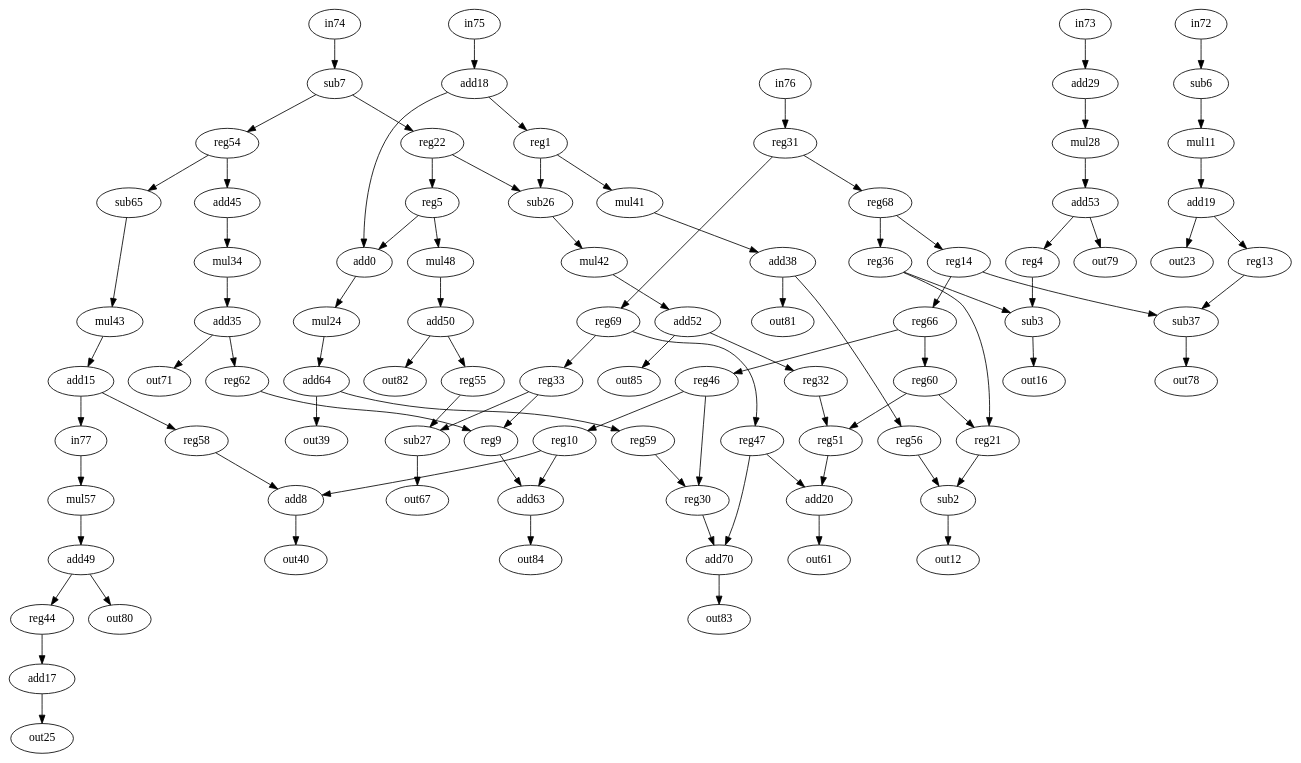
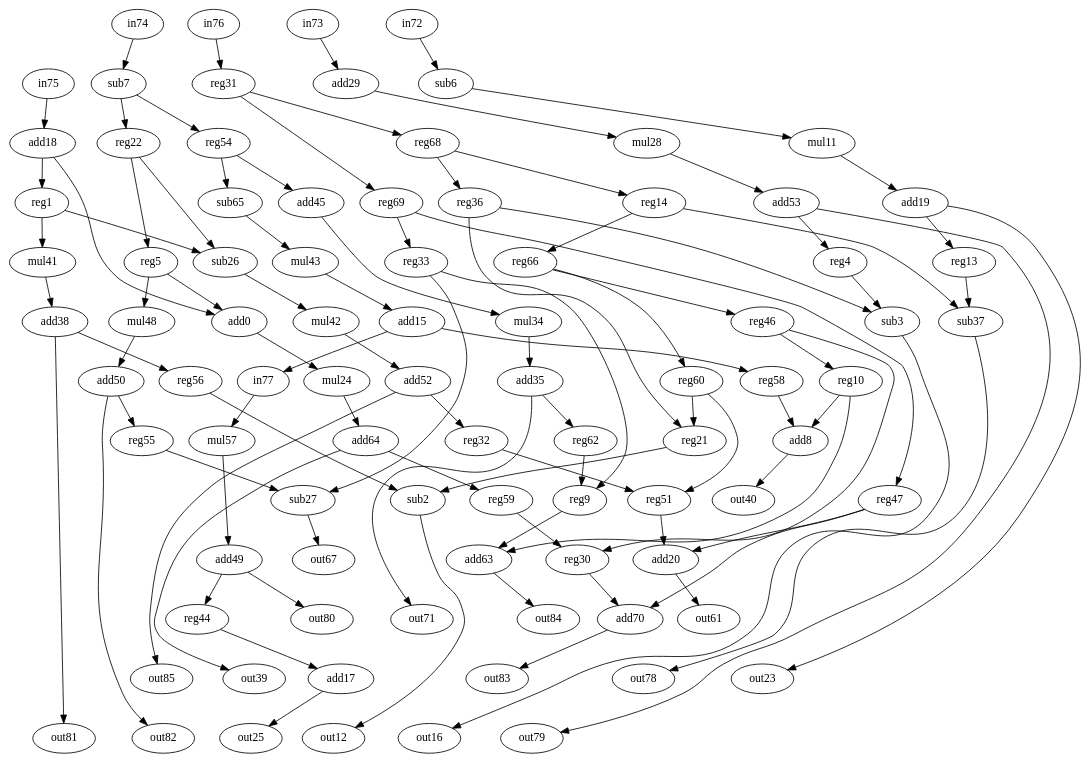
Before and after one commit to jeronimopenha/traversal_project: the diagram in bench/test_bench/collapse_pyr.dot, drawn with Graphviz. The commit also changed 21144 other files, not shown here.

```diff
--- a/bench/test_bench/collapse_pyr.dot
+++ b/bench/test_bench/collapse_pyr.dot
@@ -1,183 +1,183 @@
-strict digraph "collapse_pyr" {
+digraph "collapse_pyr" {
 0 [label=add0, op=add];
 1 [label=reg1, op=reg];
 2 [label=sub2, op=sub];
 3 [label=sub3, op=sub];
 4 [label=reg4, op=reg];
 5 [label=reg5, op=reg];
 6 [label=sub6, op=subi, value=2];
 7 [label=sub7, op=subi, value=2];
 8 [label=add8, op=add];
 9 [label=reg9, op=reg];
 10 [label=reg10, op=reg];
 11 [label=mul11, op=muli, value=2];
 12 [label=out12, op=out];
 13 [label=reg13, op=reg];
 14 [label=reg14, op=reg];
 15 [label=add15, op=addi, value=2];
 16 [label=out16, op=out];
 17 [label=add17, op=addi, value=2];
 18 [label=add18, op=addi, value=2];
 19 [label=add19, op=addi, value=2];
 20 [label=add20, op=add];
 21 [label=reg21, op=reg];
 22 [label=reg22, op=reg];
 23 [label=out23, op=out];
 24 [label=mul24, op=muli, value=2];
 25 [label=out25, op=out];
 26 [label=sub26, op=sub];
 27 [label=sub27, op=sub];
 28 [label=mul28, op=muli, value=2];
 29 [label=add29, op=addi, value=2];
 30 [label=reg30, op=reg];
 31 [label=reg31, op=reg];
 32 [label=reg32, op=reg];
 33 [label=reg33, op=reg];
 34 [label=mul34, op=muli, value=2];
 35 [label=add35, op=addi, value=2];
 36 [label=reg36, op=reg];
 37 [label=sub37, op=sub];
 38 [label=add38, op=addi, value=2];
 39 [label=out39, op=out];
 40 [label=out40, op=out];
 41 [label=mul41, op=muli, value=2];
 42 [label=mul42, op=muli, value=2];
 43 [label=mul43, op=muli, value=2];
 44 [label=reg44, op=reg];
 45 [label=add45, op=addi, value=2];
 46 [label=reg46, op=reg];
 47 [label=reg47, op=reg];
 48 [label=mul48, op=muli, value=2];
 49 [label=add49, op=addi, value=2];
 50 [label=add50, op=addi, value=2];
 51 [label=reg51, op=reg];
 52 [label=add52, op=addi, value=2];
 53 [label=add53, op=addi, value=2];
 54 [label=reg54, op=reg];
 55 [label=reg55, op=reg];
 56 [label=reg56, op=reg];
 57 [label=mul57, op=muli, value=2];
 58 [label=reg58, op=reg];
 59 [label=reg59, op=reg];
 60 [label=reg60, op=reg];
 61 [label=out61, op=out];
 62 [label=reg62, op=reg];
 63 [label=add63, op=add];
 64 [label=add64, op=addi, value=2];
 65 [label=sub65, op=subi, value=2];
 66 [label=reg66, op=reg];
 67 [label=out67, op=out];
 68 [label=reg68, op=reg];
 69 [label=reg69, op=reg];
 70 [label=add70, op=add];
 71 [label=out71, op=out];
 72 [label=in72, op=in];
 73 [label=in73, op=in];
 74 [label=in74, op=in];
 75 [label=in75, op=in];
 76 [label=in76, op=in];
 77 [label=in77, op=in];
 78 [label=out78, op=out];
 79 [label=out79, op=out];
 80 [label=out80, op=out];
 81 [label=out81, op=out];
 82 [label=out82, op=out];
 83 [label=out83, op=out];
 84 [label=out84, op=out];
 85 [label=out85, op=out];
-0 -> 24  [port=0, w=0];
-1 -> 26  [port=0, w=0];
-1 -> 41  [port=0, w=0];
-2 -> 12  [port=0, w=0];
-3 -> 16  [port=0, w=0];
-4 -> 3  [port=0, w=0];
-5 -> 0  [port=0, w=0];
-5 -> 48  [port=0, w=0];
-6 -> 11  [port=0, w=0];
-7 -> 22  [port=0, w=0];
-7 -> 54  [port=0, w=0];
-8 -> 40  [port=0, w=0];
-9 -> 63  [port=0, w=0];
-10 -> 8  [port=0, w=0];
-10 -> 63  [port=1, w=0];
-11 -> 19  [port=0, w=0];
-13 -> 37  [port=0, w=0];
-14 -> 37  [port=1, w=0];
-14 -> 66  [port=0, w=0];
-15 -> 77  [port=0, w=0];
-15 -> 58  [port=0, w=0];
-17 -> 25  [port=0, w=0];
-18 -> 0  [port=1, w=0];
-18 -> 1  [port=0, w=0];
-19 -> 13  [port=0, w=0];
-19 -> 23  [port=0, w=0];
-20 -> 61  [port=0, w=0];
-21 -> 2  [port=0, w=0];
-22 -> 5  [port=0, w=0];
-22 -> 26  [port=1, w=0];
-24 -> 64  [port=0, w=0];
-26 -> 42  [port=0, w=0];
-27 -> 67  [port=0, w=0];
-28 -> 53  [port=0, w=0];
-29 -> 28  [port=0, w=0];
-30 -> 70  [port=0, w=0];
-31 -> 68  [port=0, w=0];
-31 -> 69  [port=0, w=0];
-32 -> 51  [port=0, w=0];
-33 -> 9  [port=0, w=0];
-33 -> 27  [port=0, w=0];
-34 -> 35  [port=0, w=0];
-35 -> 62  [port=0, w=0];
-35 -> 71  [port=0, w=0];
-36 -> 3  [port=1, w=0];
-36 -> 21  [port=0, w=0];
-37 -> 78  [port=0, w=0];
-38 -> 81  [port=0, w=0];
-38 -> 56  [port=0, w=0];
-41 -> 38  [port=0, w=0];
-42 -> 52  [port=0, w=0];
-43 -> 15  [port=0, w=0];
-44 -> 17  [port=0, w=0];
-45 -> 34  [port=0, w=0];
-46 -> 10  [port=0, w=0];
-46 -> 30  [port=0, w=0];
-47 -> 20  [port=0, w=0];
-47 -> 70  [port=1, w=0];
-48 -> 50  [port=0, w=0];
-49 -> 80  [port=0, w=0];
-49 -> 44  [port=0, w=0];
-50 -> 55  [port=0, w=0];
-50 -> 82  [port=0, w=0];
-51 -> 20  [port=1, w=0];
-52 -> 32  [port=0, w=0];
-52 -> 85  [port=0, w=0];
-53 -> 4  [port=0, w=0];
-53 -> 79  [port=0, w=0];
-54 -> 45  [port=0, w=0];
-54 -> 65  [port=0, w=0];
-55 -> 27  [port=1, w=0];
-56 -> 2  [port=1, w=0];
-57 -> 49  [port=0, w=0];
-58 -> 8  [port=1, w=0];
-59 -> 30  [port=1, w=0];
-60 -> 21  [port=1, w=0];
-60 -> 51  [port=1, w=0];
-62 -> 9  [port=1, w=0];
-63 -> 84  [port=0, w=0];
-64 -> 39  [port=0, w=0];
-64 -> 59  [port=0, w=0];
-65 -> 43  [port=0, w=0];
-66 -> 46  [port=0, w=0];
-66 -> 60  [port=0, w=0];
-68 -> 14  [port=0, w=0];
-68 -> 36  [port=0, w=0];
-69 -> 33  [port=0, w=0];
-69 -> 47  [port=0, w=0];
-70 -> 83  [port=0, w=0];
-72 -> 6  [port=0, w=0];
-73 -> 29  [port=0, w=0];
-74 -> 7  [port=0, w=0];
-75 -> 18  [port=0, w=0];
-76 -> 31  [port=0, w=0];
-77 -> 57  [port=0, w=0];
+0 -> 24  [port=0, weight=0];
+1 -> 26  [port=0, weight=0];
+1 -> 41  [port=0, weight=0];
+2 -> 12  [port=0, weight=0];
+3 -> 16  [port=0, weight=0];
+4 -> 3  [port=0, weight=0];
+5 -> 0  [port=0, weight=0];
+5 -> 48  [port=0, weight=0];
+6 -> 11  [port=0, weight=0];
+7 -> 22  [port=0, weight=0];
+7 -> 54  [port=0, weight=0];
+8 -> 40  [port=0, weight=0];
+9 -> 63  [port=0, weight=0];
+10 -> 8  [port=0, weight=0];
+10 -> 63  [port=1, weight=0];
+11 -> 19  [port=0, weight=0];
+13 -> 37  [port=0, weight=0];
+14 -> 37  [port=1, weight=0];
+14 -> 66  [port=0, weight=0];
+15 -> 77  [port=0, weight=0];
+15 -> 58  [port=0, weight=0];
+17 -> 25  [port=0, weight=0];
+18 -> 0  [port=1, weight=0];
+18 -> 1  [port=0, weight=0];
+19 -> 13  [port=0, weight=0];
+19 -> 23  [port=0, weight=0];
+20 -> 61  [port=0, weight=0];
+21 -> 2  [port=0, weight=0];
+22 -> 5  [port=0, weight=0];
+22 -> 26  [port=1, weight=0];
+24 -> 64  [port=0, weight=0];
+26 -> 42  [port=0, weight=0];
+27 -> 67  [port=0, weight=0];
+28 -> 53  [port=0, weight=0];
+29 -> 28  [port=0, weight=0];
+30 -> 70  [port=0, weight=0];
+31 -> 68  [port=0, weight=0];
+31 -> 69  [port=0, weight=0];
+32 -> 51  [port=0, weight=0];
+33 -> 9  [port=0, weight=0];
+33 -> 27  [port=0, weight=0];
+34 -> 35  [port=0, weight=0];
+35 -> 62  [port=0, weight=0];
+35 -> 71  [port=0, weight=0];
+36 -> 3  [port=1, weight=0];
+36 -> 21  [port=0, weight=0];
+37 -> 78  [port=0, weight=0];
+38 -> 81  [port=0, weight=0];
+38 -> 56  [port=0, weight=0];
+41 -> 38  [port=0, weight=0];
+42 -> 52  [port=0, weight=0];
+43 -> 15  [port=0, weight=0];
+44 -> 17  [port=0, weight=0];
+45 -> 34  [port=0, weight=0];
+46 -> 10  [port=0, weight=0];
+46 -> 30  [port=0, weight=0];
+47 -> 20  [port=0, weight=0];
+47 -> 70  [port=1, weight=0];
+48 -> 50  [port=0, weight=0];
+49 -> 80  [port=0, weight=0];
+49 -> 44  [port=0, weight=0];
+50 -> 55  [port=0, weight=0];
+50 -> 82  [port=0, weight=0];
+51 -> 20  [port=1, weight=0];
+52 -> 32  [port=0, weight=0];
+52 -> 85  [port=0, weight=0];
+53 -> 4  [port=0, weight=0];
+53 -> 79  [port=0, weight=0];
+54 -> 45  [port=0, weight=0];
+54 -> 65  [port=0, weight=0];
+55 -> 27  [port=1, weight=0];
+56 -> 2  [port=1, weight=0];
+57 -> 49  [port=0, weight=0];
+58 -> 8  [port=1, weight=0];
+59 -> 30  [port=1, weight=0];
+60 -> 21  [port=1, weight=0];
+60 -> 51  [port=1, weight=0];
+62 -> 9  [port=1, weight=0];
+63 -> 84  [port=0, weight=0];
+64 -> 39  [port=0, weight=0];
+64 -> 59  [port=0, weight=0];
+65 -> 43  [port=0, weight=0];
+66 -> 46  [port=0, weight=0];
+66 -> 60  [port=0, weight=0];
+68 -> 14  [port=0, weight=0];
+68 -> 36  [port=0, weight=0];
+69 -> 33  [port=0, weight=0];
+69 -> 47  [port=0, weight=0];
+70 -> 83  [port=0, weight=0];
+72 -> 6  [port=0, weight=0];
+73 -> 29  [port=0, weight=0];
+74 -> 7  [port=0, weight=0];
+75 -> 18  [port=0, weight=0];
+76 -> 31  [port=0, weight=0];
+77 -> 57  [port=0, weight=0];
 }
```
